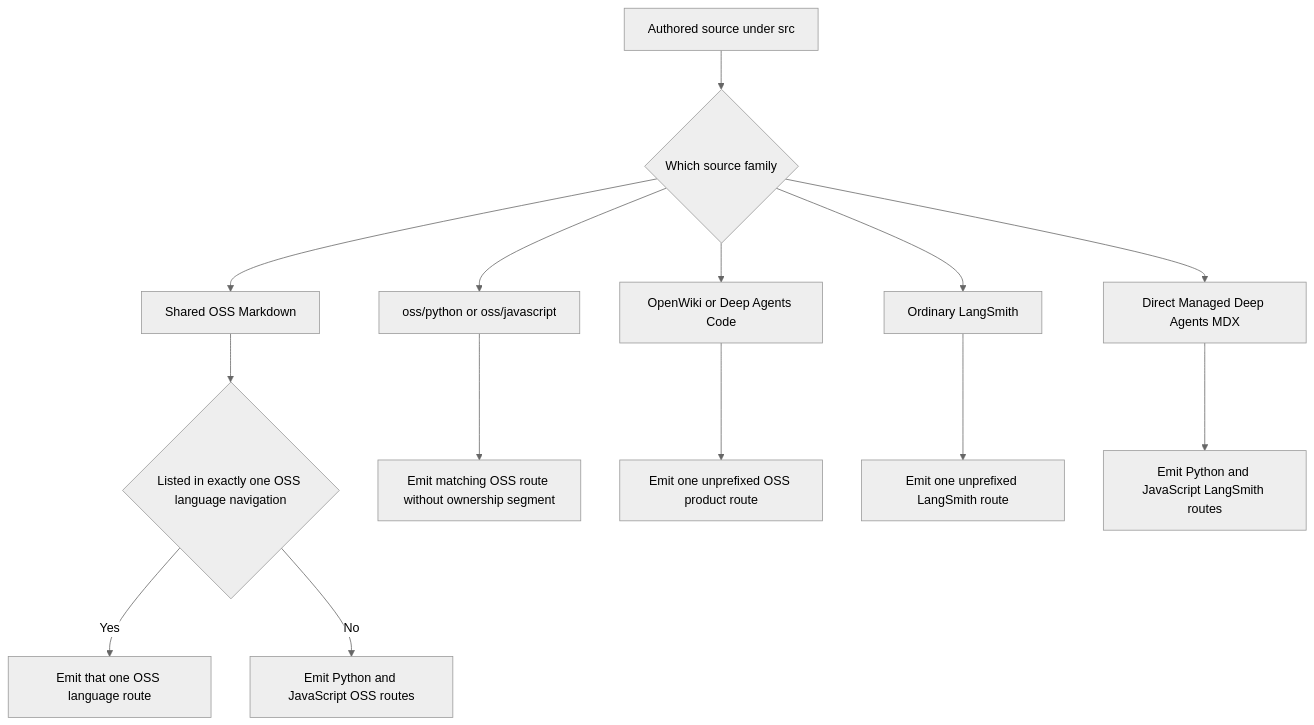
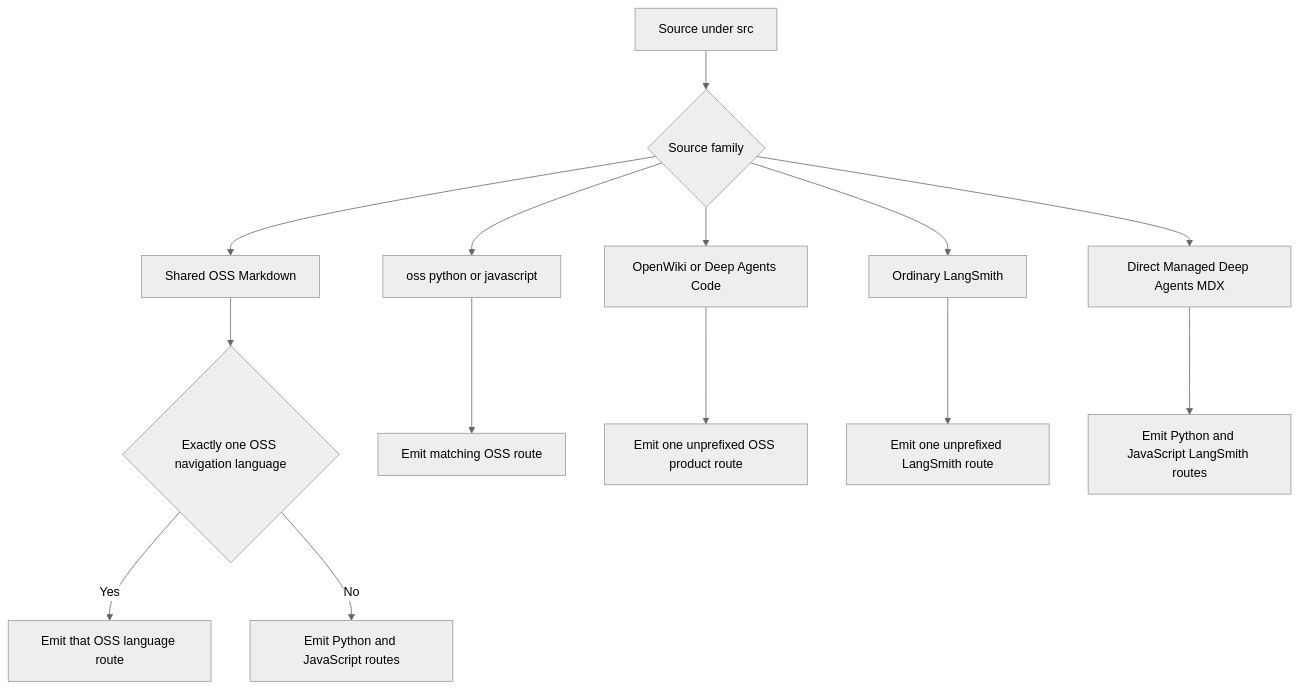
Before and after one commit to langchain-ai/docs: the diagram in openwiki/concepts/versioning.md, drawn with Mermaid (neutral theme). The commit also changed other lines of this file and 26 other files, not shown here.

````diff
--- a/openwiki/concepts/versioning.md
+++ b/openwiki/concepts/versioning.md
@@ -46,16 +42,16 @@
 ```mermaid
 flowchart TD
-    Source["Authored source under src"] --> Family{"Which source family"}
+    Source["Source under src"] --> Family{"Source family"}
     Family --> Shared["Shared OSS Markdown"]
-    Shared --> Nav{"Listed in exactly one OSS language navigation"}
-    Nav -->|"Yes"| OneShared["Emit that one OSS language route"]
-    Nav -->|"No"| BothShared["Emit Python and JavaScript OSS routes"]
-    Family --> Owned["oss/python or oss/javascript"]
-    Owned --> OwnedRoute["Emit matching OSS route without ownership segment"]
+    Shared --> Nav{"Exactly one OSS navigation language"}
+    Nav -->|"Yes"| OneShared["Emit that OSS language route"]
+    Nav -->|"No"| BothShared["Emit Python and JavaScript routes"]
+    Family --> Owned["oss python or javascript"]
+    Owned --> OwnedRoute["Emit matching OSS route"]
     Family --> Product["OpenWiki or Deep Agents Code"]
     Product --> PlainProduct["Emit one unprefixed OSS product route"]
-    Family --> Ordinary["Ordinary LangSmith"]
-    Ordinary --> PlainLangSmith["Emit one unprefixed LangSmith route"]
+    Family --> LangSmith["Ordinary LangSmith"]
+    LangSmith --> PlainLangSmith["Emit one unprefixed LangSmith route"]
     Family --> Managed["Direct Managed Deep Agents MDX"]
-    Managed --> ManagedRoutes["Emit Python and JavaScript LangSmith routes"]
+    Managed --> ManagedRoute["Emit Python and JavaScript LangSmith routes"]
 ```
````
